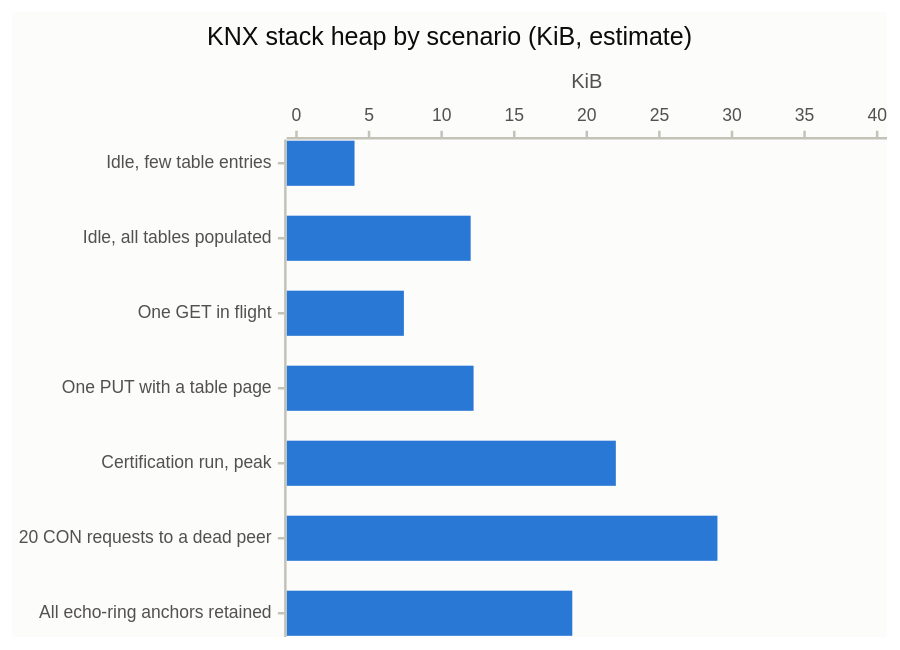
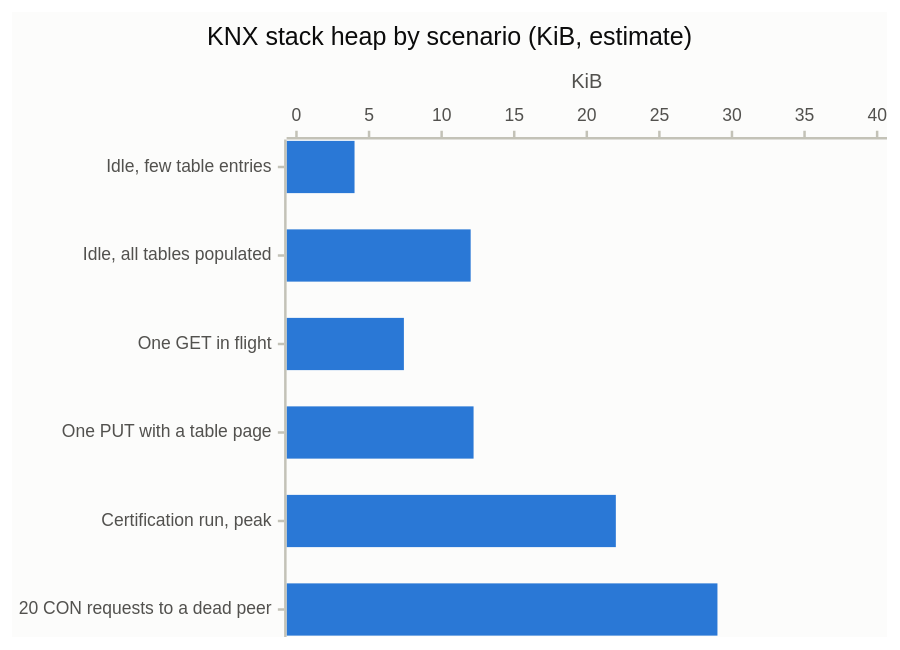
The second of 7 diagrams in docs/memory_breakdown.md (Adam-Maciuga/sdk-knx-iot-point-api-stack), drawn with Mermaid before and after one commit. The commit also changed other lines of this file and 19 other files, not shown here.

````diff
--- a/docs/memory_breakdown.md
+++ b/docs/memory_breakdown.md
@@ -248,8 +247,8 @@
 ```mermaid
 %%{init: {"theme": "base", "themeVariables": {"xyChart": {"plotColorPalette": "#2a78d6", "backgroundColor": "#fcfcfb", "titleColor": "#0b0b0b", "xAxisLabelColor": "#52514e", "yAxisLabelColor": "#52514e", "xAxisTitleColor": "#52514e", "yAxisTitleColor": "#52514e", "xAxisLineColor": "#c3c2b7", "yAxisLineColor": "#c3c2b7", "xAxisTickColor": "#c3c2b7", "yAxisTickColor": "#c3c2b7"}}}}%%
 xychart-beta horizontal
     title "KNX stack heap by scenario (KiB, estimate)"
-    x-axis ["Idle, few table entries", "Idle, all tables populated", "One GET in flight", "One PUT with a table page", "Certification run, peak", "20 CON requests to a dead peer", "All echo-ring anchors retained"]
+    x-axis ["Idle, few table entries", "Idle, all tables populated", "One GET in flight", "One PUT with a table page", "Certification run, peak", "20 CON requests to a dead peer"]
     y-axis "KiB" 0 --> 40
-    bar [4, 12, 7.4, 12.2, 22, 29, 19]
+    bar [4, 12, 7.4, 12.2, 22, 29]
 ```
````
